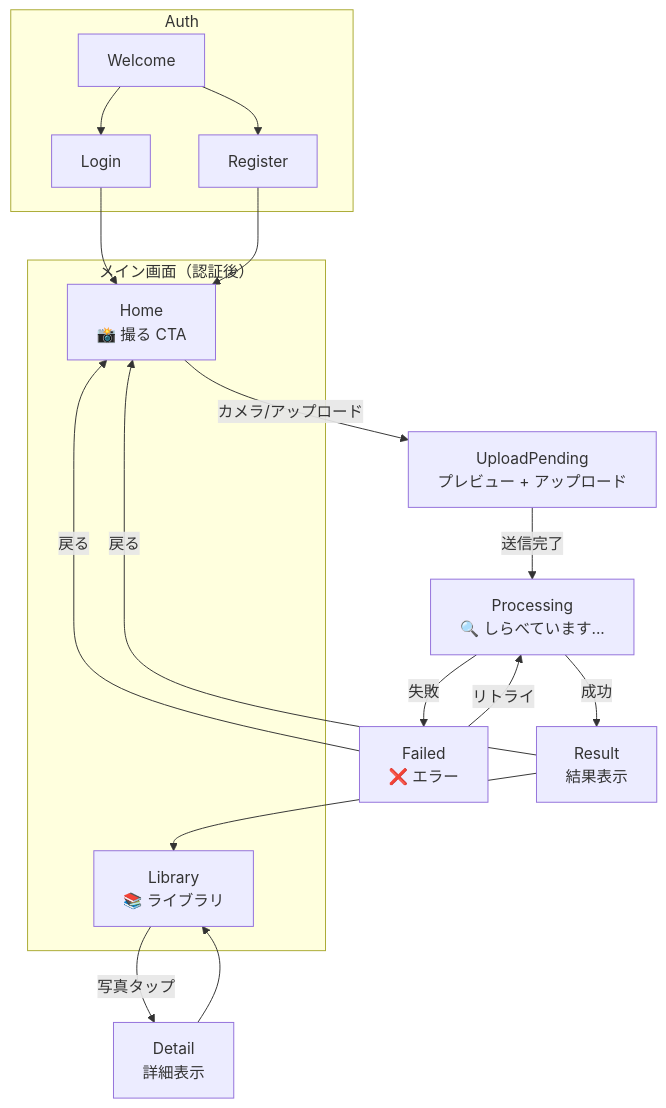
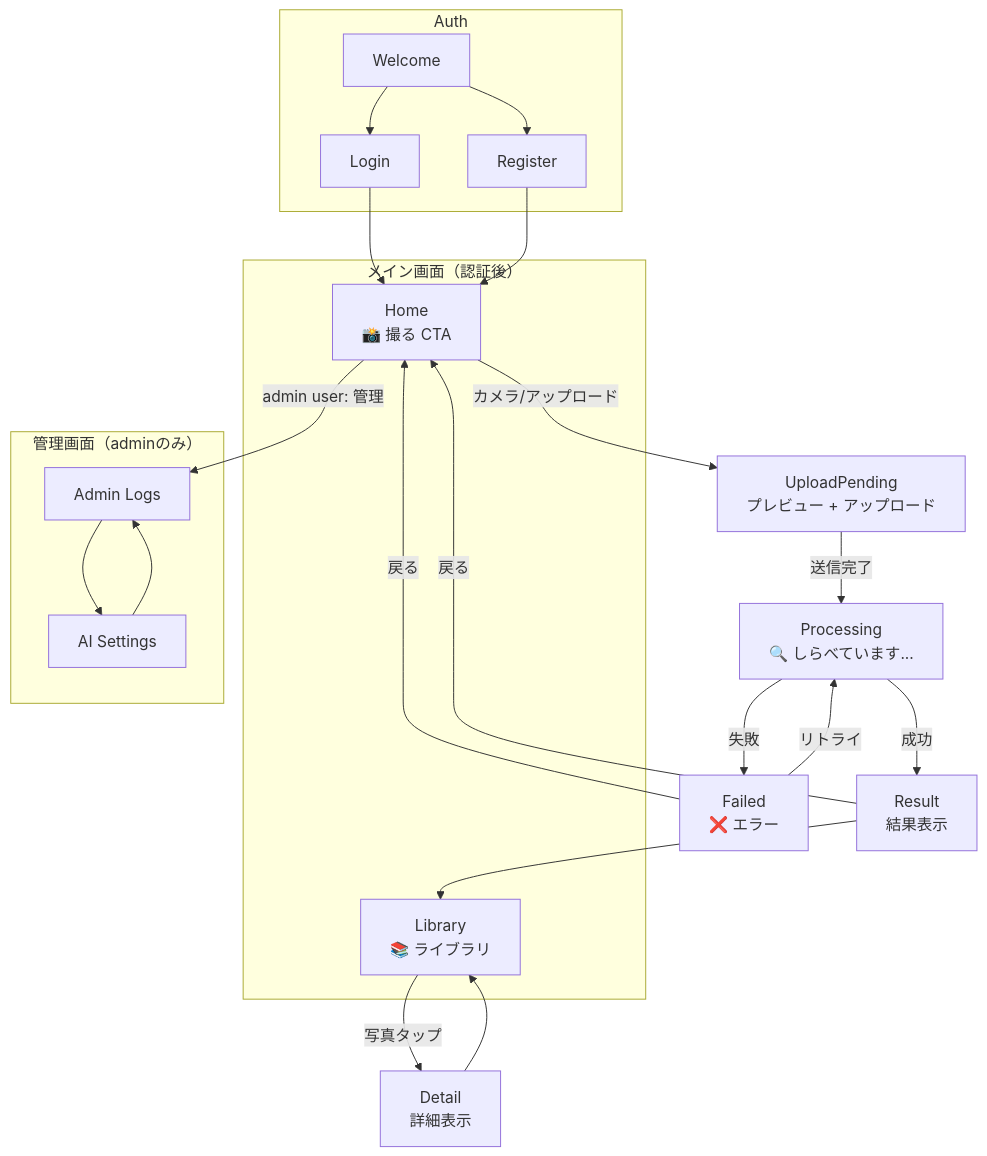
Before and after one commit to corocorococoro/LensClip: the diagram in docs/ux-flow.md, drawn with Mermaid. The commit also changed other lines of this file and 12 other files, not shown here.

````diff
--- a/docs/ux-flow.md
+++ b/docs/ux-flow.md
@@ -5,28 +5,37 @@
 ```mermaid
 flowchart TD
     subgraph Auth
         Welcome[Welcome] --> Login[Login]
         Welcome --> Register[Register]
     end
 
     Login --> Home
     Register --> Home
 
     subgraph Main["メイン画面（認証後）"]
         Home[Home<br/>📸 撮る CTA]
         Library[Library<br/>📚 ライブラリ]
     end
 
+    subgraph Admin["管理画面（adminのみ）"]
+        AdminLogs[Admin Logs]
+        AdminAi[AI Settings]
+    end
+
     Home -->|カメラ/アップロード| UploadPending[UploadPending<br/>プレビュー + アップロード]
     UploadPending -->|送信完了| Processing[Processing<br/>🔍 しらべています...]
     Processing -->|成功| Result[Result<br/>結果表示]
     Processing -->|失敗| Failed[Failed<br/>❌ エラー]
     Failed -->|リトライ| Processing
     Failed -->|戻る| Home
 
     Result -->|戻る| Home
     Result --> Library
 
     Library -->|写真タップ| Detail[Detail<br/>詳細表示]
     Detail --> Library
+
+    Home -->|admin user: 管理| AdminLogs
+    AdminLogs --> AdminAi
+    AdminAi --> AdminLogs
 ```
````
